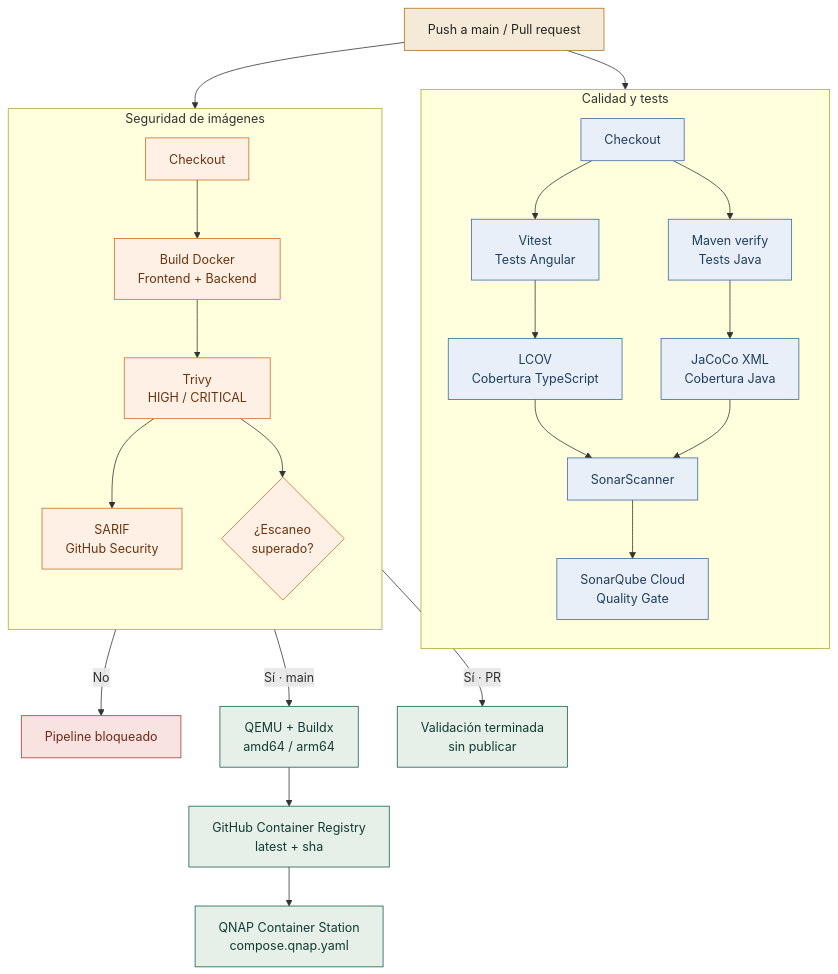
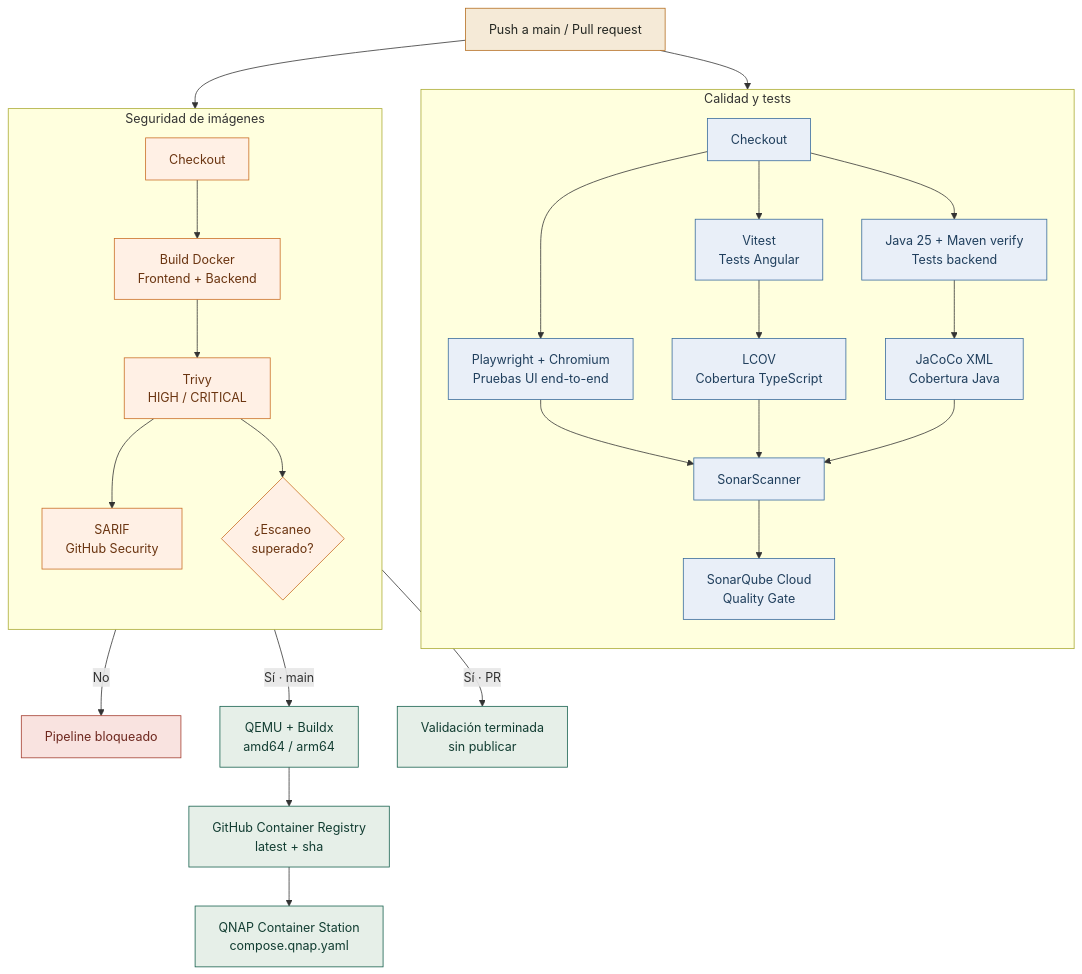
The second of 2 diagrams in README.md (josekero/beer_designer), drawn with Mermaid before and after one commit. The commit also changed other lines of this file and 17 other files, not shown here.

Commit message:
new tests and added Playwright for UI testing from navigators

````diff
--- a/README.md
+++ b/README.md
@@ -65,54 +65,57 @@
 ```mermaid
 flowchart TD
     change["Push a main / Pull request"]
 
     change --> quality
     change --> containers
 
     subgraph quality["Calidad y tests"]
         direction TB
         checkoutQuality["Checkout"]
         frontendTests["Vitest<br/>Tests Angular"]
         lcov["LCOV<br/>Cobertura TypeScript"]
-        backendTests["Maven verify<br/>Tests Java"]
+        playwright["Playwright + Chromium<br/>Pruebas UI end-to-end"]
+        backendTests["Java 25 + Maven verify<br/>Tests backend"]
         jacoco["JaCoCo XML<br/>Cobertura Java"]
         sonar["SonarScanner"]
         sonarCloud["SonarQube Cloud<br/>Quality Gate"]
 
         checkoutQuality --> frontendTests --> lcov
+        checkoutQuality --> playwright
         checkoutQuality --> backendTests --> jacoco
+        playwright --> sonar
         lcov --> sonar
         jacoco --> sonar
         sonar --> sonarCloud
     end
 
     subgraph containers["Seguridad de imágenes"]
         direction TB
         checkoutImages["Checkout"]
         buildScan["Build Docker<br/>Frontend + Backend"]
         trivy["Trivy<br/>HIGH / CRITICAL"]
         sarif["SARIF<br/>GitHub Security"]
         secure{"¿Escaneo<br/>superado?"}
 
         checkoutImages --> buildScan --> trivy
         trivy --> sarif
         trivy --> secure
     end
 
     secure -->|"No"| blocked["Pipeline bloqueado"]
     secure -->|"Sí · main"| buildx["QEMU + Buildx<br/>amd64 / arm64"]
     secure -->|"Sí · PR"| prDone["Validación terminada<br/>sin publicar"]
     buildx --> ghcr["GitHub Container Registry<br/>latest + sha"]
     ghcr --> qnap["QNAP Container Station<br/>compose.qnap.yaml"]
 
     classDef source fill:#f5ead7,stroke:#b46d1f,color:#242722
     classDef qualityNode fill:#e9eff8,stroke:#376a9b,color:#203f5d
     classDef securityNode fill:#fff0e5,stroke:#c96d24,color:#6b3511
     classDef deliveryNode fill:#e6efe8,stroke:#135e4b,color:#123d32
     classDef blockedNode fill:#f9e3e0,stroke:#a33b2d,color:#6e281f
     class change source
-    class checkoutQuality,frontendTests,lcov,backendTests,jacoco,sonar,sonarCloud qualityNode
+    class checkoutQuality,frontendTests,lcov,playwright,backendTests,jacoco,sonar,sonarCloud qualityNode
     class checkoutImages,buildScan,trivy,sarif,secure securityNode
     class buildx,ghcr,qnap,prDone deliveryNode
     class blocked blockedNode
 ```
````
